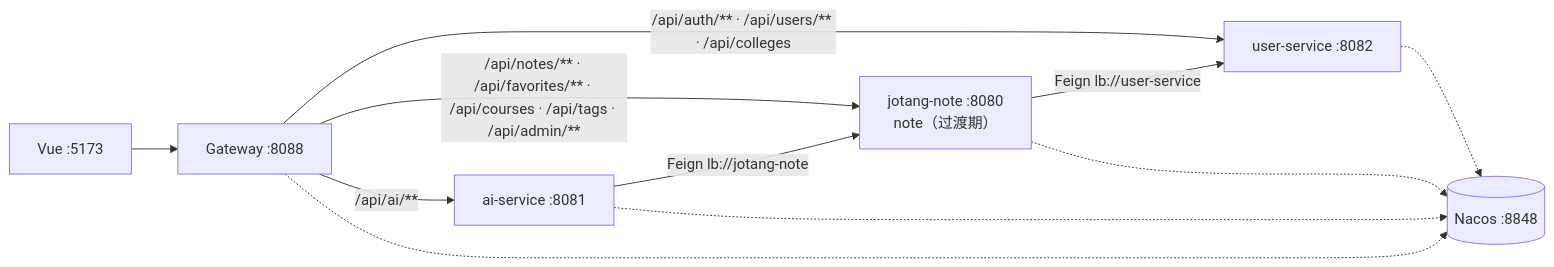
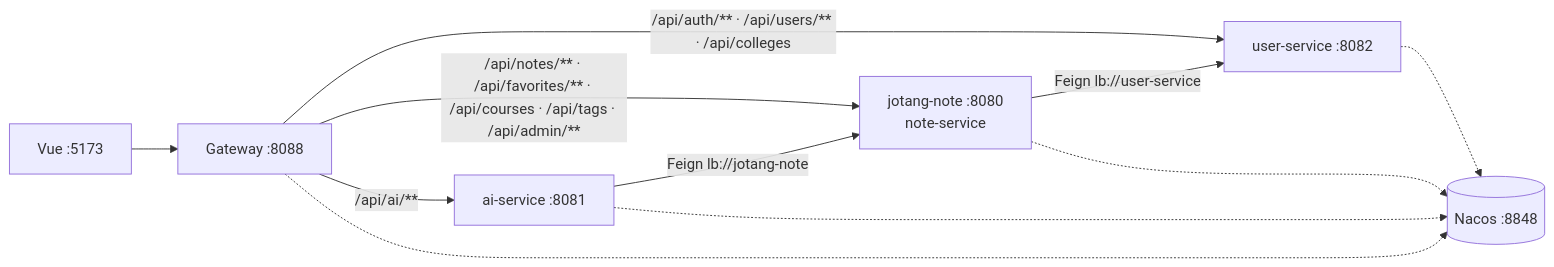
One commit to ShiwarHoufu/jotang-note changed the diagram in docs/架构设计.md. Above: the diagram before and after it, drawn with Mermaid. The commit also changed other lines of this file and 80 other files, not shown here.

````diff
--- a/docs/架构设计.md
+++ b/docs/架构设计.md
@@ -227,13 +227,13 @@
 ```mermaid
 flowchart LR
   FE["Vue :5173"] --> GW["Gateway :8088"]
   GW -->|"/api/auth/** · /api/users/** · /api/colleges"| USER["user-service :8082"]
-  GW -->|"/api/notes/** · /api/favorites/** · /api/courses · /api/tags · /api/admin/**"| APP["jotang-note :8080<br/>note（过渡期）"]
+  GW -->|"/api/notes/** · /api/favorites/** · /api/courses · /api/tags · /api/admin/**"| NOTE["jotang-note :8080<br/>note-service"]
   GW -->|"/api/ai/**"| AI["ai-service :8081"]
-  APP -->|"Feign lb://user-service"| USER
-  AI -->|"Feign lb://jotang-note"| APP
+  NOTE -->|"Feign lb://user-service"| USER
+  AI -->|"Feign lb://jotang-note"| NOTE
   GW -.-> NACOS[("Nacos :8848")]
   USER -.-> NACOS
   AI -.-> NACOS
-  APP -.-> NACOS
+  NOTE -.-> NACOS
 ```
````
